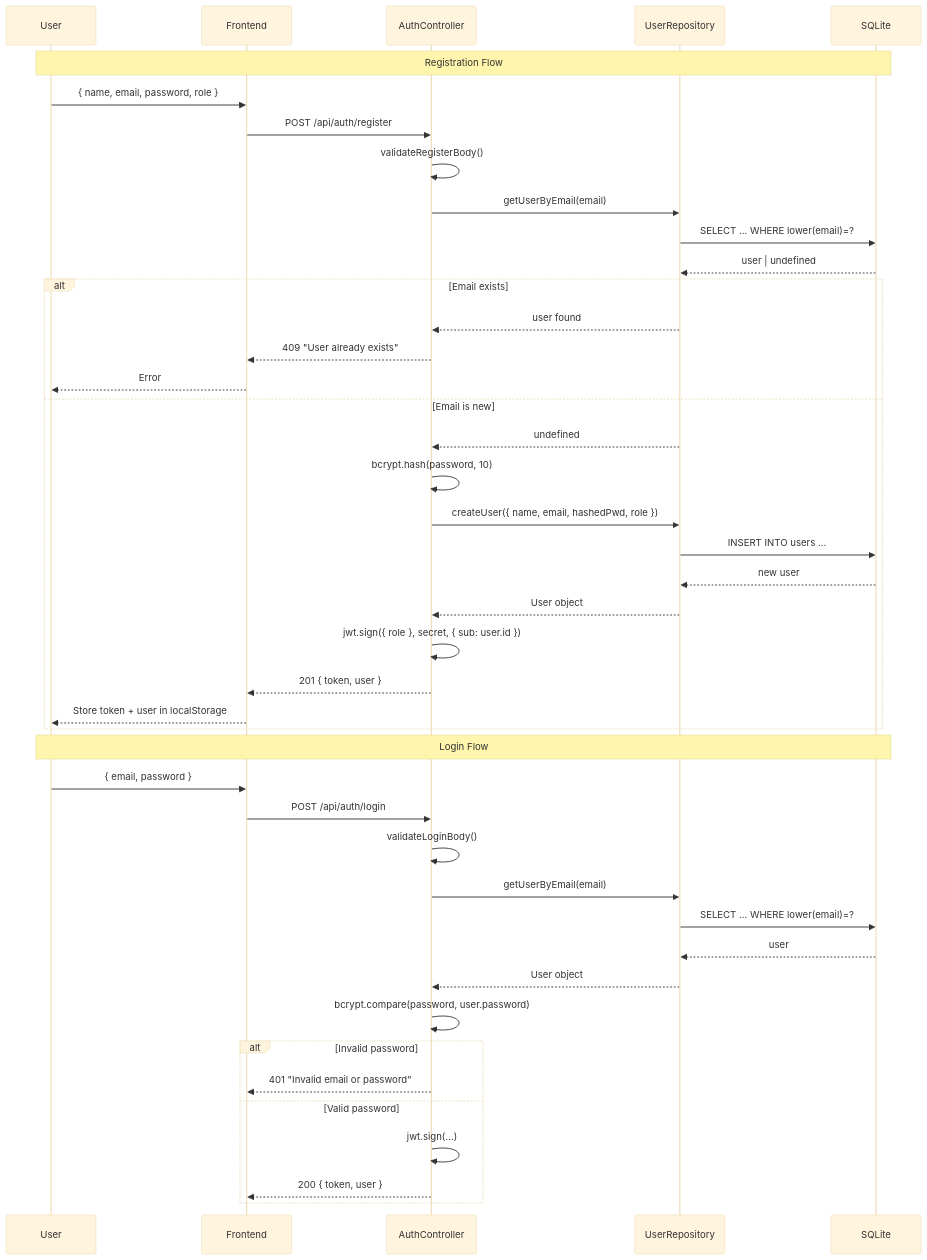
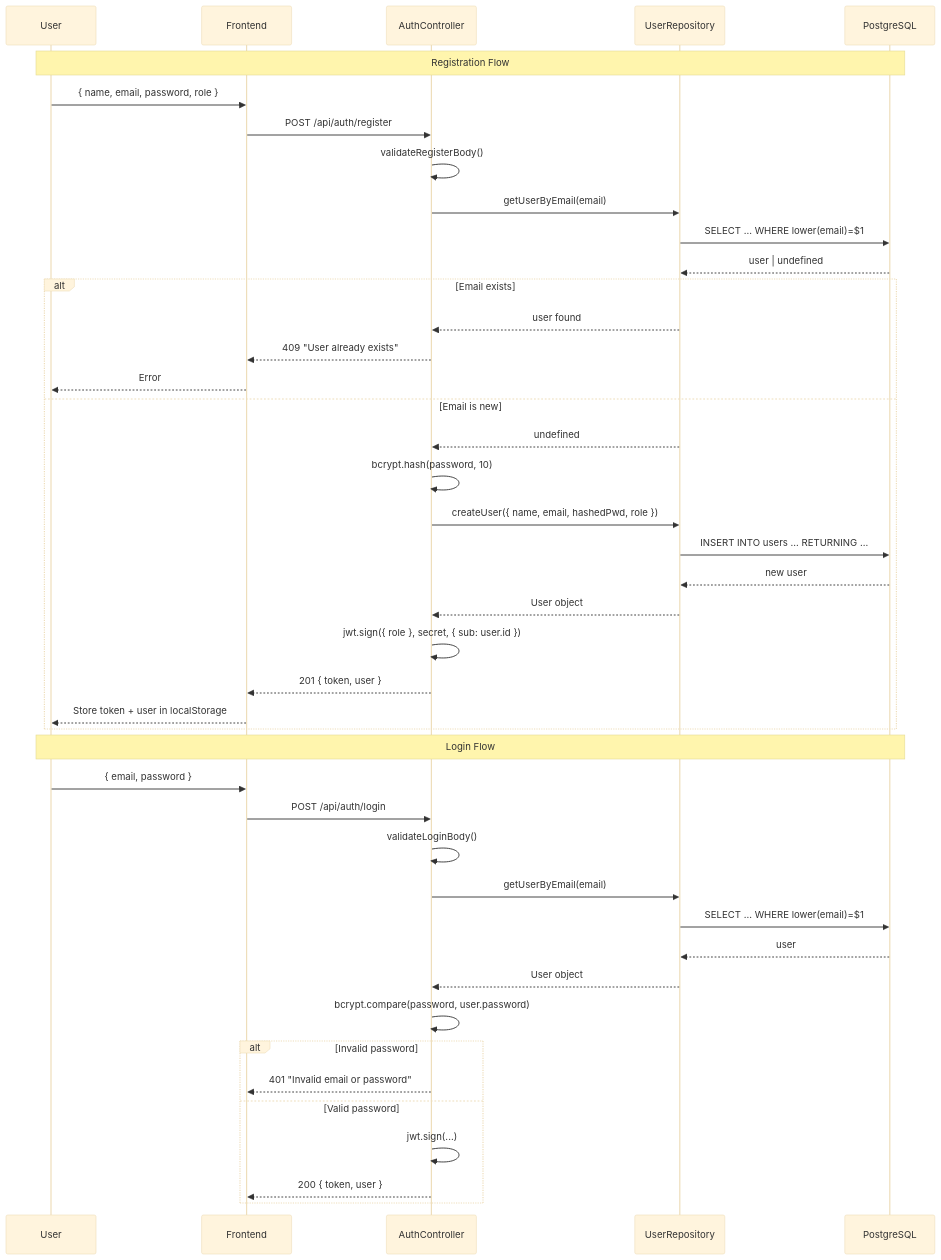
One commit to thamirmohcine/NexusATS changed the first of 4 diagrams in PROJECT_ARCHITECTURE_EXPLAINED_EN.md. Above: the diagram before and after it, drawn with Mermaid (base theme). The commit also changed other lines of this file and 31 other files, not shown here.

````diff
--- a/PROJECT_ARCHITECTURE_EXPLAINED_EN.md
+++ b/PROJECT_ARCHITECTURE_EXPLAINED_EN.md
@@ -204,47 +204,47 @@
 ```mermaid
 sequenceDiagram
     participant User
     participant Frontend
     participant AuthCtrl as AuthController
     participant UserRepo as UserRepository
-    participant SQLite
+    participant PostgreSQL
 
-    Note over User,SQLite: Registration Flow
+    Note over User,PostgreSQL: Registration Flow
     User->>Frontend: { name, email, password, role }
     Frontend->>AuthCtrl: POST /api/auth/register
     AuthCtrl->>AuthCtrl: validateRegisterBody()
     AuthCtrl->>UserRepo: getUserByEmail(email)
-    UserRepo->>SQLite: SELECT ... WHERE lower(email)=?
-    SQLite-->>UserRepo: user | undefined
+    UserRepo->>PostgreSQL: SELECT ... WHERE lower(email)=$1
+    PostgreSQL-->>UserRepo: user | undefined
     Alt Email exists
         UserRepo-->>AuthCtrl: user found
         AuthCtrl-->>Frontend: 409 "User already exists"
         Frontend-->>User: Error
     else Email is new
         UserRepo-->>AuthCtrl: undefined
         AuthCtrl->>AuthCtrl: bcrypt.hash(password, 10)
         AuthCtrl->>UserRepo: createUser({ name, email, hashedPwd, role })
-        UserRepo->>SQLite: INSERT INTO users ...
-        SQLite-->>UserRepo: new user
+        UserRepo->>PostgreSQL: INSERT INTO users ... RETURNING ...
+        PostgreSQL-->>UserRepo: new user
         UserRepo-->>AuthCtrl: User object
         AuthCtrl->>AuthCtrl: jwt.sign({ role }, secret, { sub: user.id })
         AuthCtrl-->>Frontend: 201 { token, user }
         Frontend-->>User: Store token + user in localStorage
     end
 
-    Note over User,SQLite: Login Flow
+    Note over User,PostgreSQL: Login Flow
     User->>Frontend: { email, password }
     Frontend->>AuthCtrl: POST /api/auth/login
     AuthCtrl->>AuthCtrl: validateLoginBody()
     AuthCtrl->>UserRepo: getUserByEmail(email)
-    UserRepo->>SQLite: SELECT ... WHERE lower(email)=?
-    SQLite-->>UserRepo: user
+    UserRepo->>PostgreSQL: SELECT ... WHERE lower(email)=$1
+    PostgreSQL-->>UserRepo: user
     UserRepo-->>AuthCtrl: User object
     AuthCtrl->>AuthCtrl: bcrypt.compare(password, user.password)
     Alt Invalid password
         AuthCtrl-->>Frontend: 401 "Invalid email or password"
     else Valid password
         AuthCtrl->>AuthCtrl: jwt.sign(...)
         AuthCtrl-->>Frontend: 200 { token, user }
     end
 ```
````
